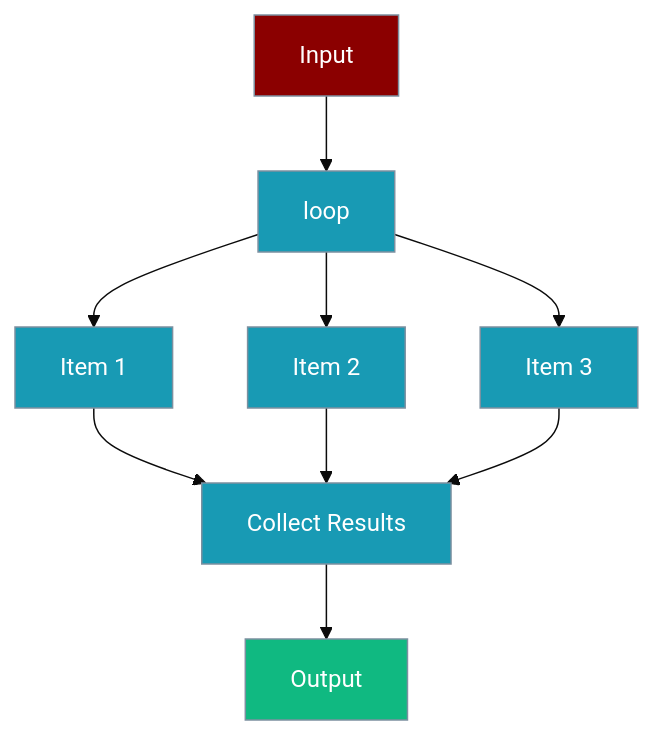
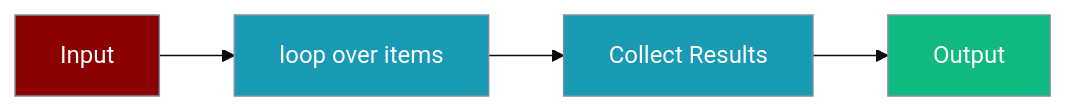
Before and after one commit to MervinPraison/PraisonAIDocs: the first of 3 diagrams in docs/features/workflow-loop.mdx, drawn with Mermaid (base theme). The commit also changed other lines of this file and 9 other files, not shown here.

````diff
--- a/docs/features/workflow-loop.mdx
+++ b/docs/features/workflow-loop.mdx
@@ -29,19 +29,13 @@
 ```mermaid
-graph TD
-    A[Input] --> B[loop]
-    B --> C[Item 1]
-    B --> D[Item 2]
-    B --> E[Item 3]
-    C --> F[Collect Results]
-    D --> F
-    E --> F
-    F --> G[Output]
-    classDef agent fill:#8B0000,stroke:#7C90A0,color:#fff
-    classDef tool fill:#189AB4,stroke:#7C90A0,color:#fff
-    classDef success fill:#10B981,stroke:#7C90A0,color:#fff
-    class A agent
-    class B tool
-    class C,D,E,F tool
-    class G success
+graph LR
+    In[Input] --> Loop[loop over items]
+    Loop --> Collect[Collect Results]
+    Collect --> Out[Output]
 
+    classDef input fill:#8B0000,stroke:#7C90A0,color:#fff
+    classDef process fill:#189AB4,stroke:#7C90A0,color:#fff
+    classDef output fill:#10B981,stroke:#7C90A0,color:#fff
+    class In input
+    class Loop,Collect process
+    class Out output
 ```
````
